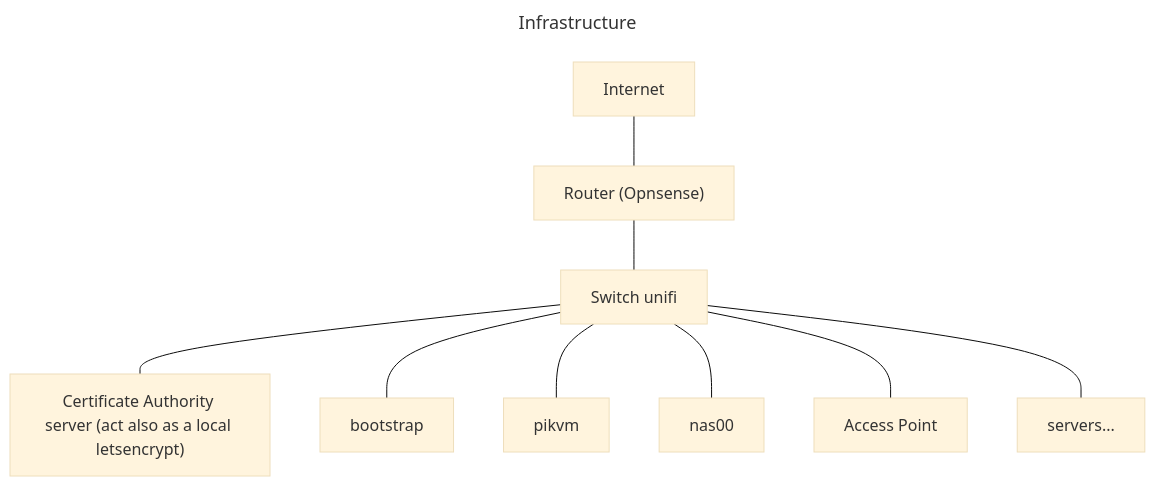
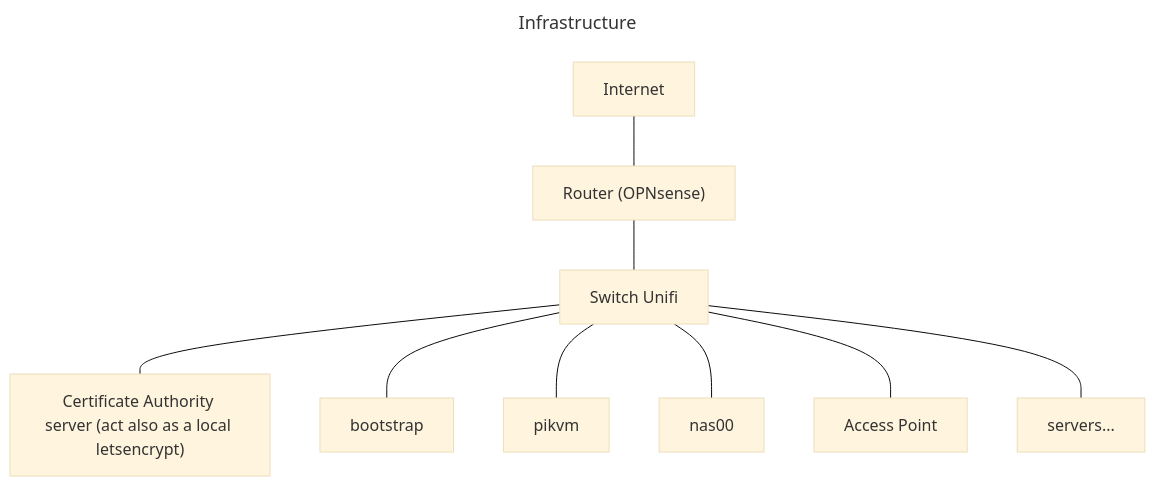
The diagram in README.md (Enoxime/homelab), drawn with Mermaid (base theme) before and after one commit. The commit also changed other lines of this file and 29 other files, not shown here.

````diff
--- a/README.md
+++ b/README.md
@@ -58,15 +59,15 @@
 ```mermaid
 ---
 title: Infrastructure
 ---
 flowchart TB
-  Internet --- router["Router (Opnsense)"]
-  router --- switch["Switch unifi"]
+  Internet --- router["Router (OPNsense)"]
+  router --- switch["Switch Unifi"]
   ca["Certificate Authority server (act also as a local letsencrypt)"]
   switch --- ca
   switch --- bootstrap
   switch --- pikvm
   switch --- nas00
   switch --- ap["Access Point"]
   switch --- servers...
 ```
````
